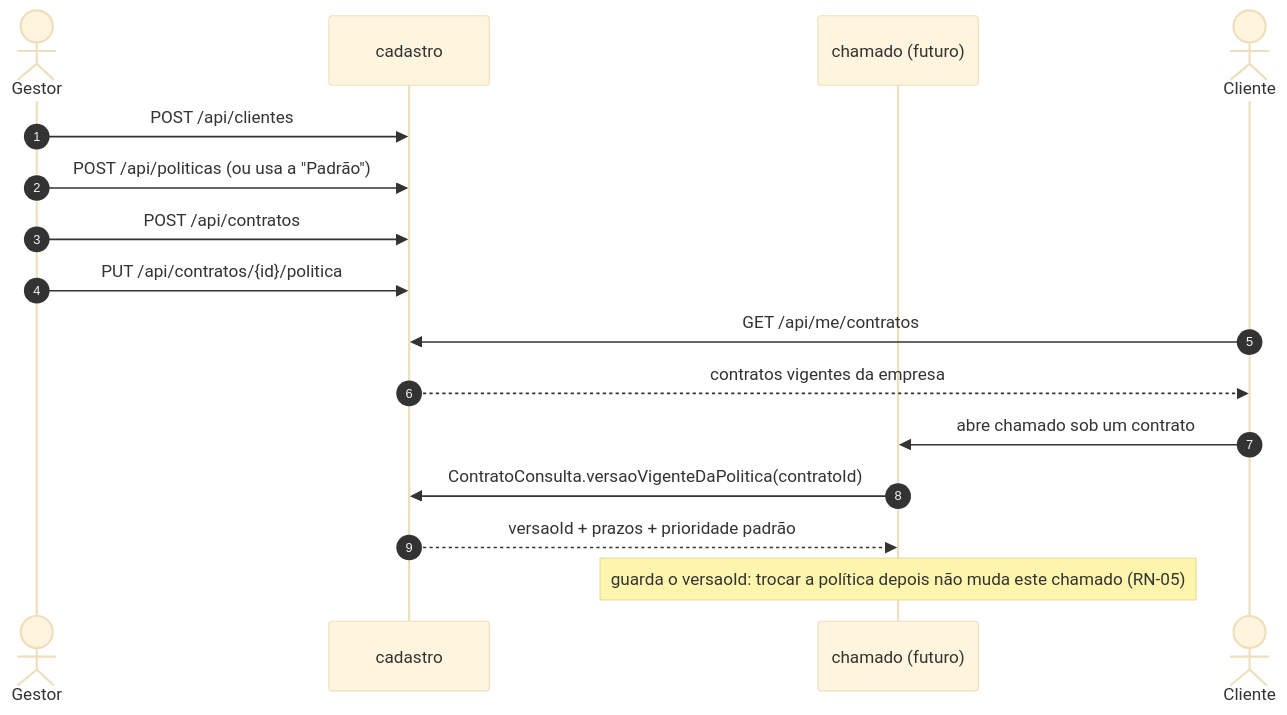
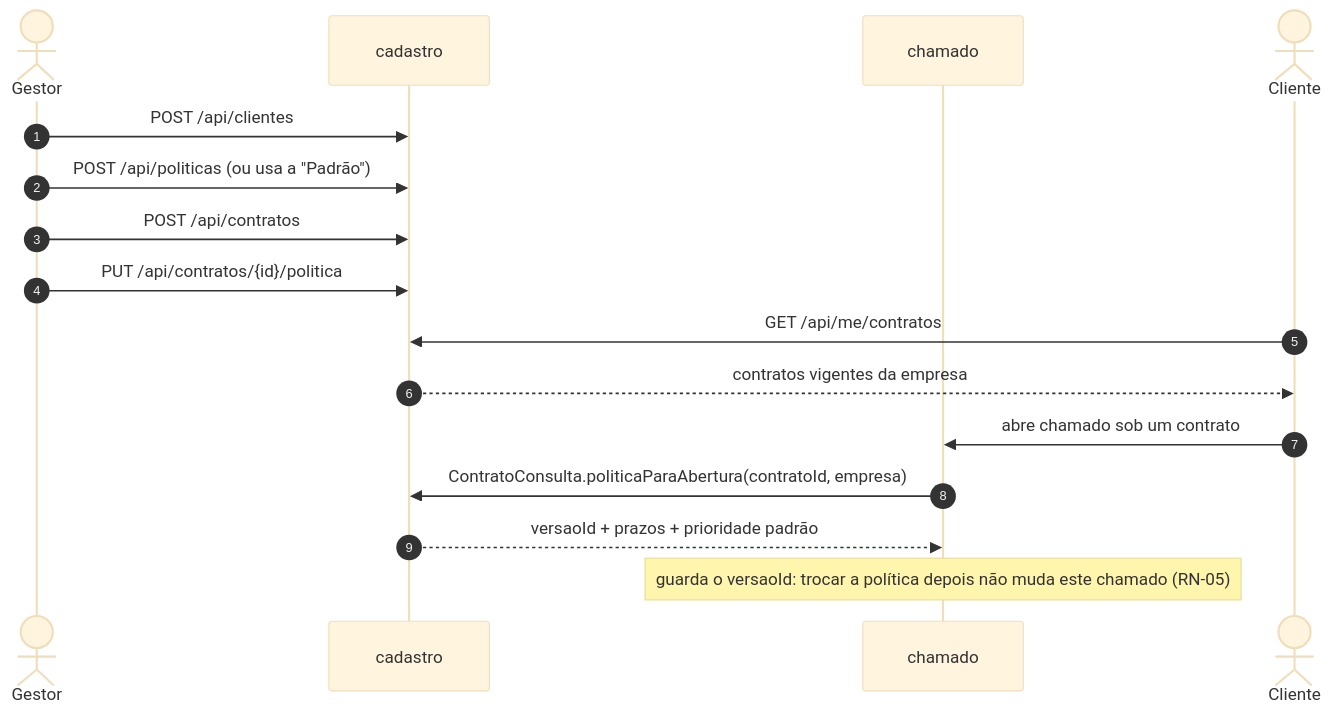
One commit to gestao-SLA-prestadoras-de-servico/backend changed the second of 2 diagrams in docs/tasks/cadastro/CONVENÇÕES_CADASTRO.md. Above: the diagram before and after it, drawn with Mermaid (base theme). The commit also changed other lines of this file and 26 other files, not shown here.

````diff
--- a/docs/tasks/cadastro/CONVENÇÕES_CADASTRO.md
+++ b/docs/tasks/cadastro/CONVENÇÕES_CADASTRO.md
@@ -59,19 +59,19 @@
 ```mermaid
 sequenceDiagram
     autonumber
     actor G as Gestor
     participant CAD as cadastro
-    participant CH as chamado (futuro)
+    participant CH as chamado
     actor C as Cliente
 
     G->>CAD: POST /api/clientes
     G->>CAD: POST /api/politicas (ou usa a "Padrão")
     G->>CAD: POST /api/contratos
     G->>CAD: PUT /api/contratos/{id}/politica
     C->>CAD: GET /api/me/contratos
     CAD-->>C: contratos vigentes da empresa
     C->>CH: abre chamado sob um contrato
-    CH->>CAD: ContratoConsulta.versaoVigenteDaPolitica(contratoId)
+    CH->>CAD: ContratoConsulta.politicaParaAbertura(contratoId, empresa)
     CAD-->>CH: versaoId + prazos + prioridade padrão
     Note over CH: guarda o versaoId: trocar a política depois não muda este chamado (RN-05)
 ```
````
